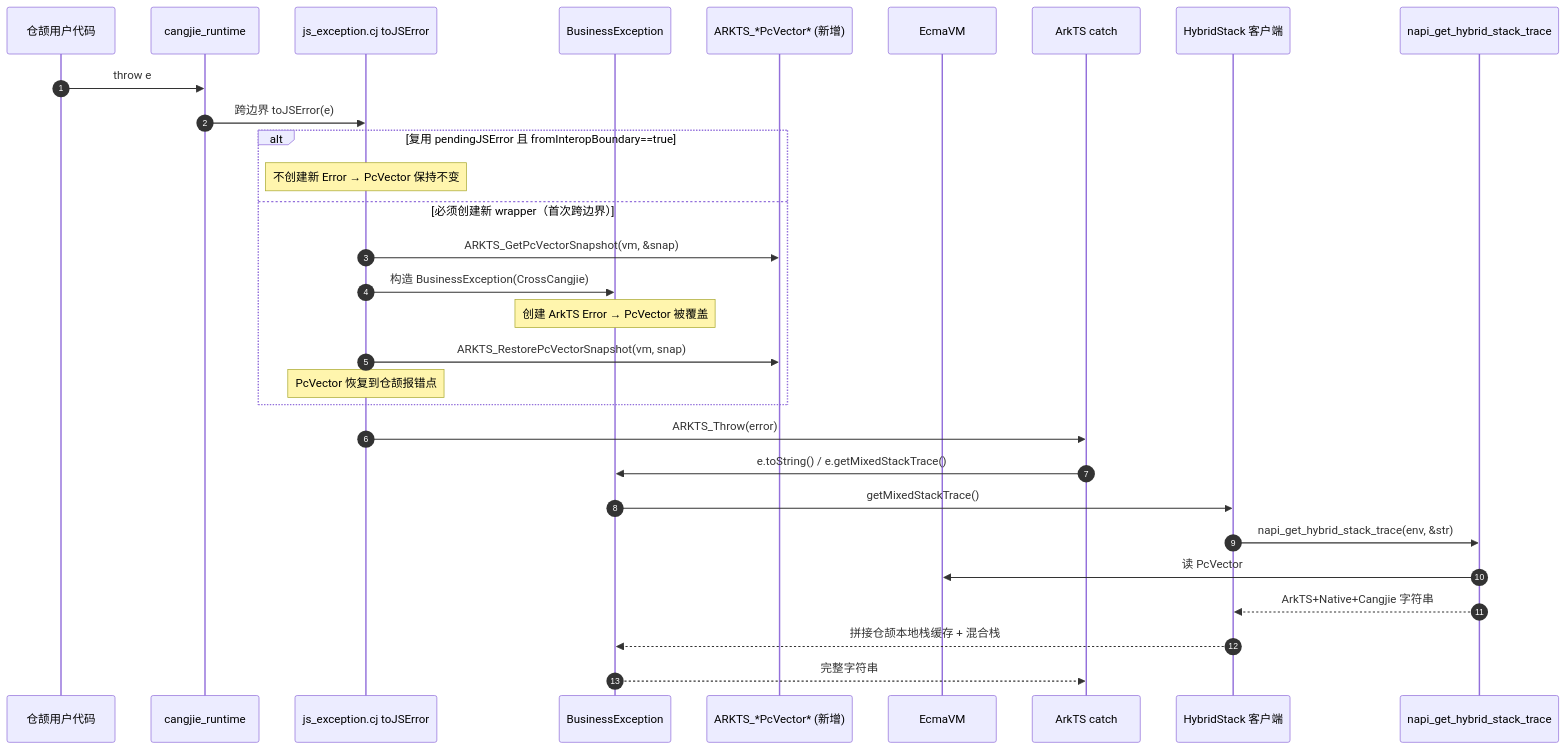
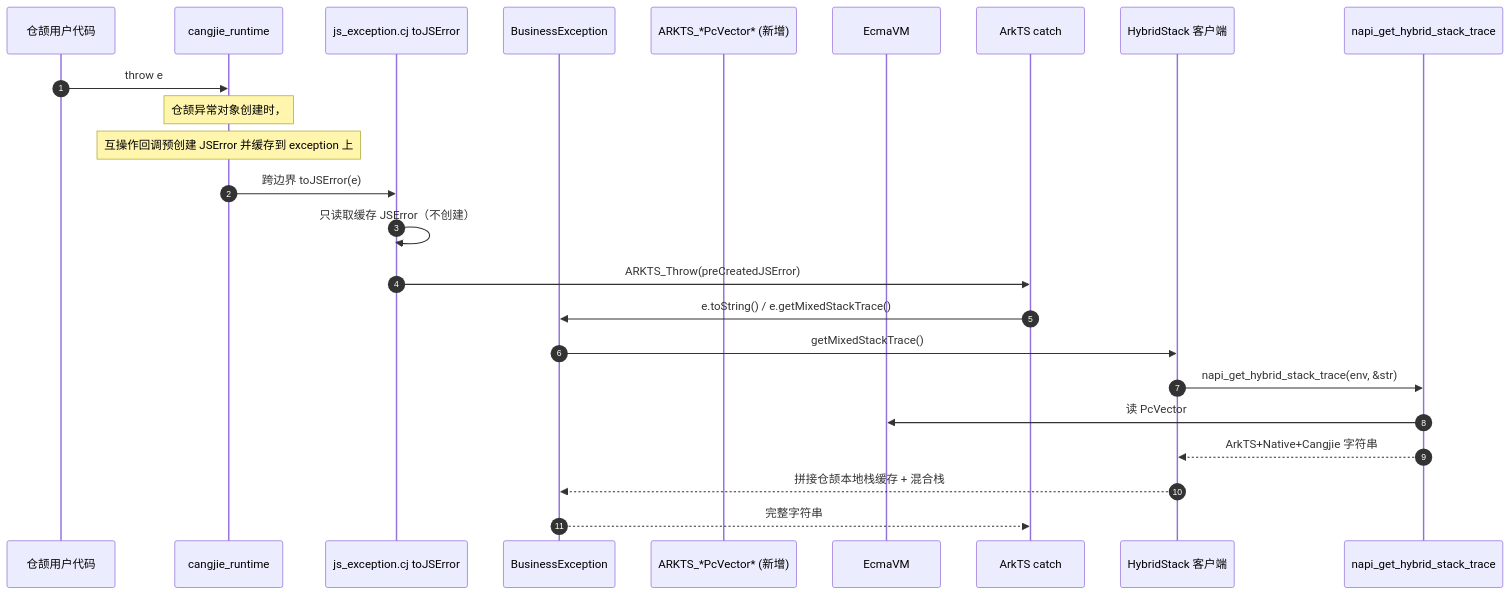
Before and after one commit to openharmony/arkcompiler_cangjie_ark_interop: the third of 3 diagrams in doc/hybridstack_architecture_design.md, drawn with Mermaid. The commit also changed other lines of this file and 2 other files, not shown here.

First line of the commit message:
docs(hybridstack): align with original idea - pre-create JSError at CJ exception creation

````diff
--- a/doc/hybridstack_architecture_design.md
+++ b/doc/hybridstack_architecture_design.md
@@ -142,33 +141,27 @@
 ```mermaid
 sequenceDiagram
     autonumber
     participant U as 仓颉用户代码
     participant CR as cangjie_runtime
     participant JS as js_exception.cj toJSError
     participant BIZ as BusinessException
     participant CFFI as ARKTS_*PcVector* (新增)
     participant VM as EcmaVM
     participant ETS as ArkTS catch
     participant HS as HybridStack 客户端
     participant NAPI as napi_get_hybrid_stack_trace
 
     U->>CR: throw e
+    Note over CR: 仓颉异常对象创建时，
+    Note over CR: 互操作回调预创建 JSError 并缓存到 exception 上
     CR->>JS: 跨边界 toJSError(e)
-    alt 复用 pendingJSError 且 fromInteropBoundary==true
-        Note over JS: 不创建新 Error → PcVector 保持不变
-    else 必须创建新 wrapper（首次跨边界）
-        JS->>CFFI: ARKTS_GetPcVectorSnapshot(vm, &snap)
-        JS->>BIZ: 构造 BusinessException(CrossCangjie)
-        Note over BIZ: 创建 ArkTS Error → PcVector 被覆盖
-        JS->>CFFI: ARKTS_RestorePcVectorSnapshot(vm, snap)
-        Note over JS: PcVector 恢复到仓颉报错点
-    end
-    JS->>ETS: ARKTS_Throw(error)
+    JS->>JS: 只读取缓存 JSError（不创建）
+    JS->>ETS: ARKTS_Throw(preCreatedJSError)
     ETS->>BIZ: e.toString() / e.getMixedStackTrace()
     BIZ->>HS: getMixedStackTrace()
     HS->>NAPI: napi_get_hybrid_stack_trace(env, &str)
     NAPI->>VM: 读 PcVector
     NAPI-->>HS: ArkTS+Native+Cangjie 字符串
     HS-->>BIZ: 拼接仓颉本地栈缓存 + 混合栈
     BIZ-->>ETS: 完整字符串
 ```
````
